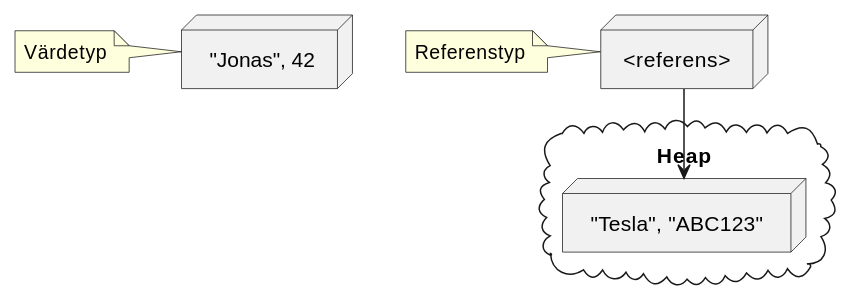
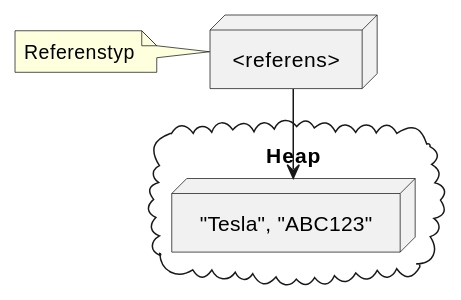
The second of 4 diagrams in fusklapp/fusklapp.md (jonaskeisu/newton-sysg-op1), drawn with PlantUML before and after one commit. The commit also changed other lines of this file and 2 other files, not shown here.

````diff
--- a/fusklapp/fusklapp.md
+++ b/fusklapp/fusklapp.md
@@ -587,17 +371,12 @@
 ```plantuml
-node " "Jonas", 42" as person
-note left
-    Värdetyp
-end note
-
 node "<referens>" as ref
 note left 
     Referenstyp
 end note
 
 cloud Heap {
     node " "Tesla", "ABC123" " as car
 }
 
 ref --> car
 ```
````
